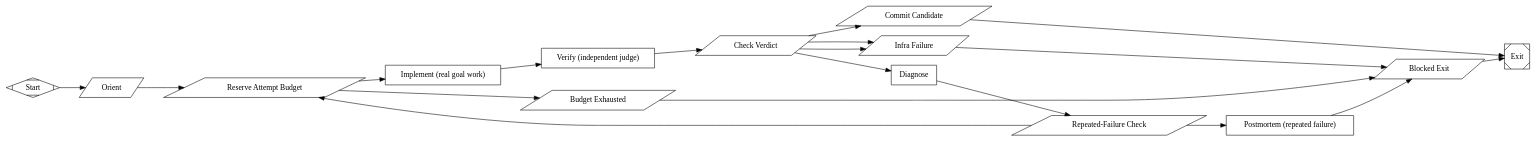
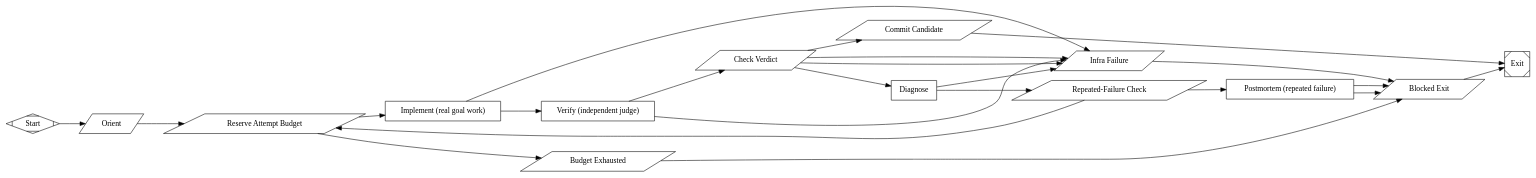
Before and after one commit to kenotron-ms/coding-scenarios: the diagram in pipelines/goal_plan_smoke/subgraphs/goal_lane_impl.dot, drawn with Graphviz.

Commit message:
fix(goal_plan): route box-node failures to a blocked exit instead of dead-ending the lane (#25)
Implement/Verify/Diagnose/Postmortem in goal_lane_impl.dot had only plain success edges; a node-level failure (human-gate under --on-human-gate fail, tool crash, timeout) produced no_matching_edge → hard lane abort that never wrote lane_result and crashed the parent (RESIDUALS_READY) — root cause of the L7 run. Added runs_on="failure" safety-net edges (→ InfraExit / BlockedExit), mirroring the existing CheckVerdict safety net (RUBRIC.md §3.2), so a box-node failure exits as a named blocked lane.

Generated with [Amplifier](https://github.com/microsoft/amplifier)

```diff
--- a/pipelines/goal_plan_smoke/subgraphs/goal_lane_impl.dot
+++ b/pipelines/goal_plan_smoke/subgraphs/goal_lane_impl.dot
@@ -103,6 +103,7 @@
   ];
 
   Implement -> Verify;
+  Implement -> InfraExit [condition="outcome=fail", runs_on="failure"]; // safety net: a box-node crash/gate-fail must not dead-end the lane (RUBRIC.md 3.2)
 
   // Independent judgment node -- adversarial and separate from Implement, so
   // the exit is gated on re-gathered evidence, not the implementer's own
@@ -118,6 +119,7 @@
   ];
 
   Verify -> CheckVerdict;
+  Verify -> InfraExit [condition="outcome=fail", runs_on="failure"]; // safety net: a Verify crash/human-gate-fail must not dead-end the lane -- exit as a named blocker (RUBRIC.md 3.2)
 
   // Deterministic gate: reads the verdict FILE the independent judge wrote
   // (not the box node's $last_response) and emits PASS / FAIL / INFRA on the
@@ -162,6 +164,7 @@
   ];
 
   Diagnose -> RepeatCheck;
+  Diagnose -> InfraExit [condition="outcome=fail", runs_on="failure"]; // safety net: a box-node crash/gate-fail must not dead-end the lane (RUBRIC.md 3.2)
 
   // Deterministic: distinguish a fresh failure (worth another attempt) from
   // the identical failure recurring (a deterministic bug the loop cannot
@@ -183,6 +186,7 @@
     prompt="Lane $lane_id has now hit the SAME failure signature twice in a row (see .goal_lane_failure_signatures.log) -- this is very likely a deterministic bug or an unsatisfiable goal specification in $goal_condition_file, not model drift a retry can correct. Write a short honest postmortem to .goal_lane_postmortem.txt: what was attempted, what the repeated failure signature is, and why a further blind retry is unlikely to make the goal's done-condition true. Print the single line: postmortem_written"
   ];
   Postmortem -> BlockedExit;
+  Postmortem -> BlockedExit [condition="outcome=fail", runs_on="failure"]; // safety net: a box-node crash must still reach the terminal blocked exit (RUBRIC.md 3.2)
 
   BudgetExhausted [
     shape=parallelogram, label="Budget Exhausted",
```
